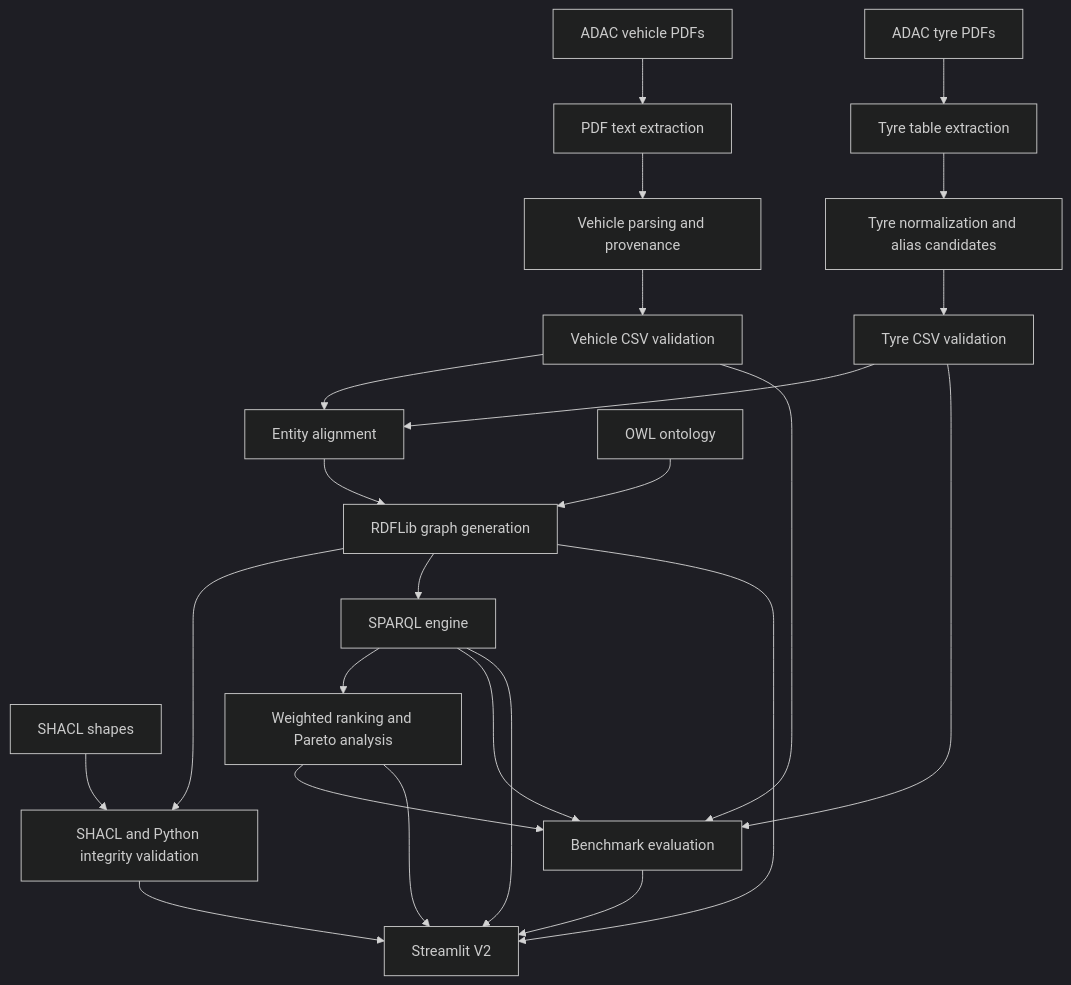
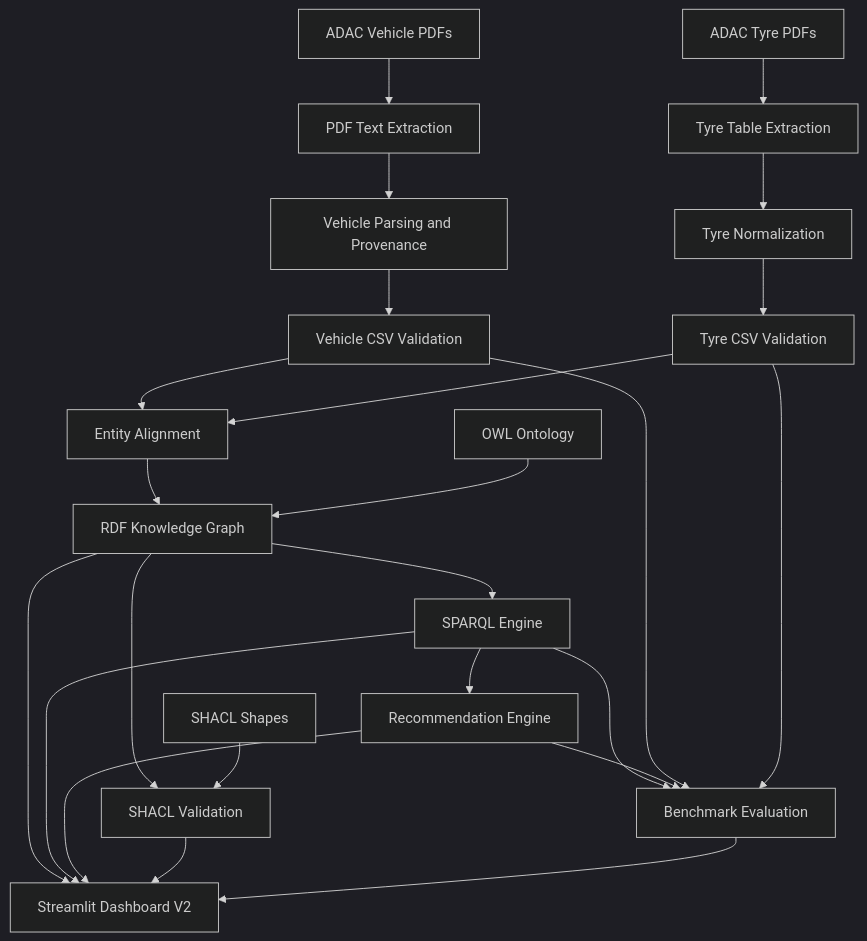
The first of 2 diagrams in README.md (Riddhadipta/AutoEcoKG), drawn with Mermaid (dark theme) before and after one commit.

Commit message:
Improve Mermaid system architecture diagram

````diff
--- a/README.md
+++ b/README.md
@@ -149,26 +149,26 @@
 ```mermaid
-flowchart TD
-    A[ADAC vehicle PDFs] --> B[PDF text extraction]
-    B --> C[Vehicle parsing and provenance]
-    D[ADAC tyre PDFs] --> E[Tyre table extraction]
-    E --> F[Tyre normalization and alias candidates]
-    C --> G[Vehicle CSV validation]
-    F --> H[Tyre CSV validation]
-    G --> I[Entity alignment]
+graph TD
+    A["ADAC Vehicle PDFs"] --> B["PDF Text Extraction"]
+    B --> C["Vehicle Parsing and Provenance"]
+    D["ADAC Tyre PDFs"] --> E["Tyre Table Extraction"]
+    E --> F["Tyre Normalization"]
+    C --> G["Vehicle CSV Validation"]
+    F --> H["Tyre CSV Validation"]
+    G --> I["Entity Alignment"]
     H --> I
-    I --> J[RDFLib graph generation]
-    O[OWL ontology] --> J
-    J --> K[SHACL and Python integrity validation]
-    S[SHACL shapes] --> K
-    J --> L[SPARQL engine]
-    L --> M[Weighted ranking and Pareto analysis]
-    L --> N[Benchmark evaluation]
+    I --> J["RDF Knowledge Graph"]
+    O["OWL Ontology"] --> J
+    J --> K["SHACL Validation"]
+    S["SHACL Shapes"] --> K
+    J --> L["SPARQL Engine"]
+    L --> M["Recommendation Engine"]
+    L --> N["Benchmark Evaluation"]
     M --> N
     G --> N
     H --> N
-    L --> U[Streamlit V2]
+    J --> U["Streamlit Dashboard V2"]
+    L --> U
     M --> U
-    J --> U
     K --> U
     N --> U
 ```
````
